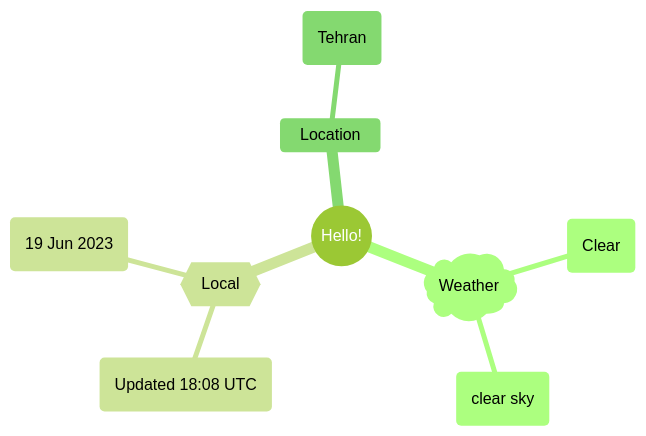
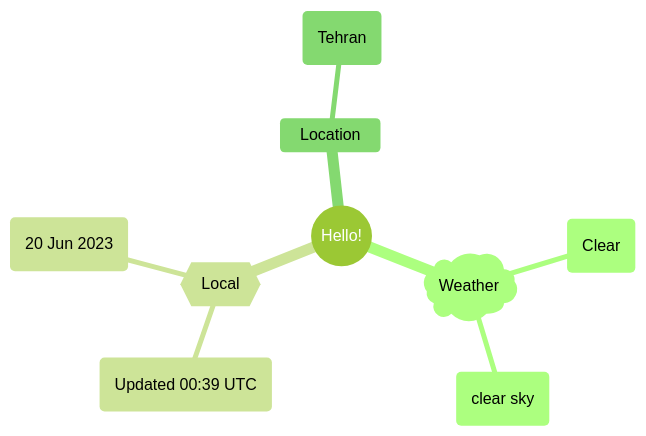
One commit to Xosrov/Xosrov changed the first of 2 diagrams in README.md. Above: the diagram before and after it, drawn with Mermaid (forest theme).

Commit message:
[bot] updated images

````diff
--- a/README.md
+++ b/README.md
@@ -3,12 +3,12 @@
 ```mermaid
 mindmap
   root((Hello!))
     )Weather(
         (Clear)
         (clear sky)
     {{Local}}
-        (Updated 18:08 UTC)
-        (19 Jun 2023)
+        (Updated 00:39 UTC)
+        (20 Jun 2023)
     Location
         (Tehran)
 ```
````
